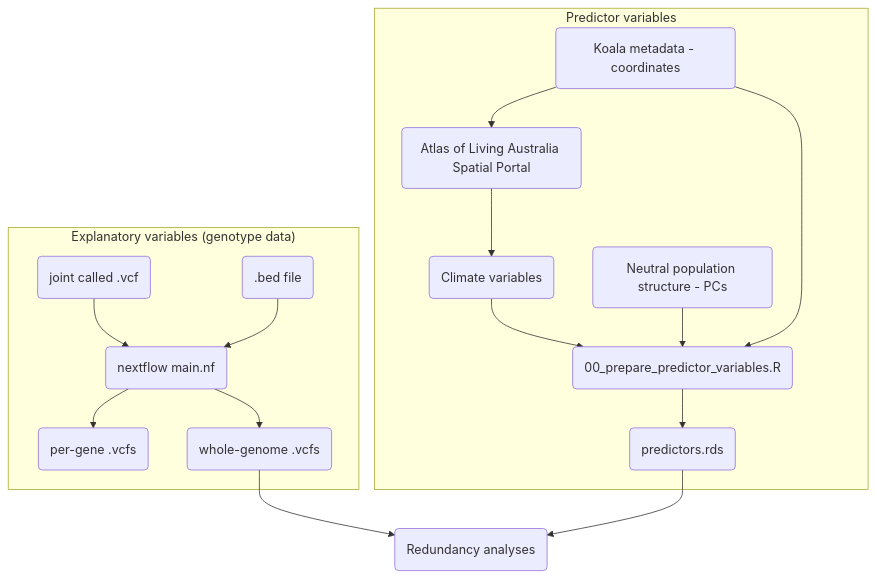
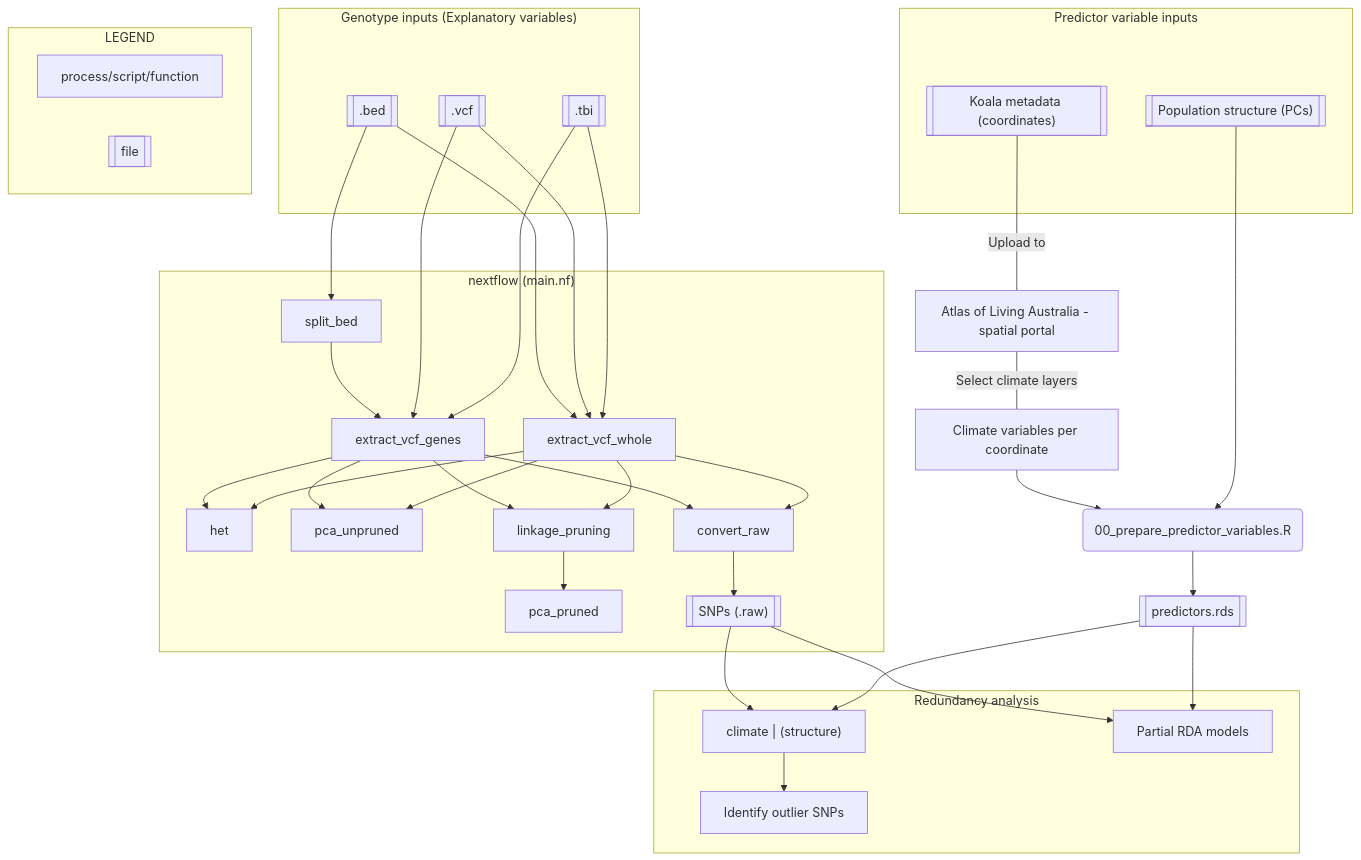
The diagram in README.md (fredjaya/phasco_genes), drawn with Mermaid before and after one commit. The commit also changed other lines of this file and 13 other files, not shown here.

````diff
--- a/README.md
+++ b/README.md
@@ -63,18 +12,35 @@
 ```mermaid
-graph TD;
-    subgraph Predictor variables;
-    p1(Koala metadata - coordinates) --> p2(Atlas of Living Australia Spatial Portal);
-    p2 --> p3(Climate variables) --> p4(00_prepare_predictor_variables.R);
-    p5(Neutral population structure - PCs)-->p4;
-    p1-->p4;
-    p4-->p6(predictors.rds);
+graph TD
+    subgraph "Genotype inputs (Explanatory variables)"
+        g1[[.bed]] & g2[[.vcf]] & g3[[.tbi]]
     end
 
-    subgraph "Explanatory variables (genotype data)"
-    g1(joint called .vcf)-->g2(nextflow main.nf);
-    g3(.bed file)-->g2;
-    g2-->g4(per-gene .vcfs) & g5(whole-genome .vcfs);
+    subgraph "nextflow (main.nf)"
+        g1-->split_bed-->extract_vcf_genes
+        g1--> extract_vcf_whole
+        g2 & g3-->extract_vcf_genes & extract_vcf_whole
+        extract_vcf_genes & extract_vcf_whole-->het & pca_unpruned & linkage_pruning & convert_raw
+        linkage_pruning-->pca_pruned
+        convert_raw-->n4[["SNPs (.raw)"]]
     end
 
-    g5 & p6-->r1(Redundancy analyses);
-```
+    subgraph Predictor variable inputs
+        p1[["Koala metadata (coordinates)"]] & p2[["Population structure (PCs)"]]
+    end
+
+        p1-- Upload to ---p3["Atlas of Living Australia - spatial portal"]
+        p3-- Select climate layers ---p4[Climate variables per coordinate]
+        p4 & p2-->p5(00_prepare_predictor_variables.R)
+        p5-->p6[[predictors.rds]]
+
+    n4 & p6 --> r1 & r3
+    subgraph Redundancy analysis
+        r1["climate | (structure)"]-->r2[Identify outlier SNPs]
+        r3[Partial RDA models]
+    end
+
+    subgraph LEGEND
+        l1[process/script/function]
+        l2[[file]]
+    end
+```  
````
